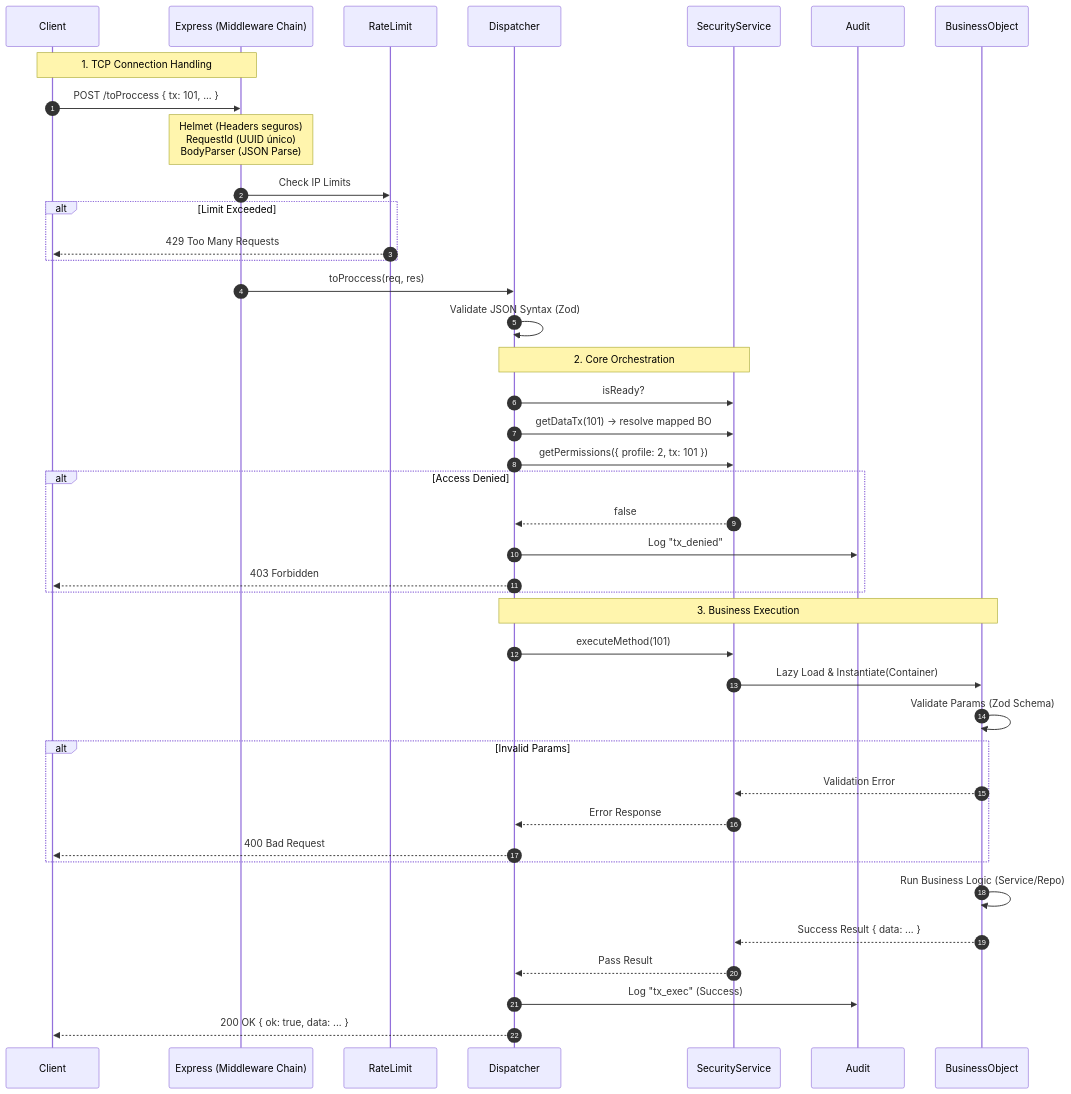
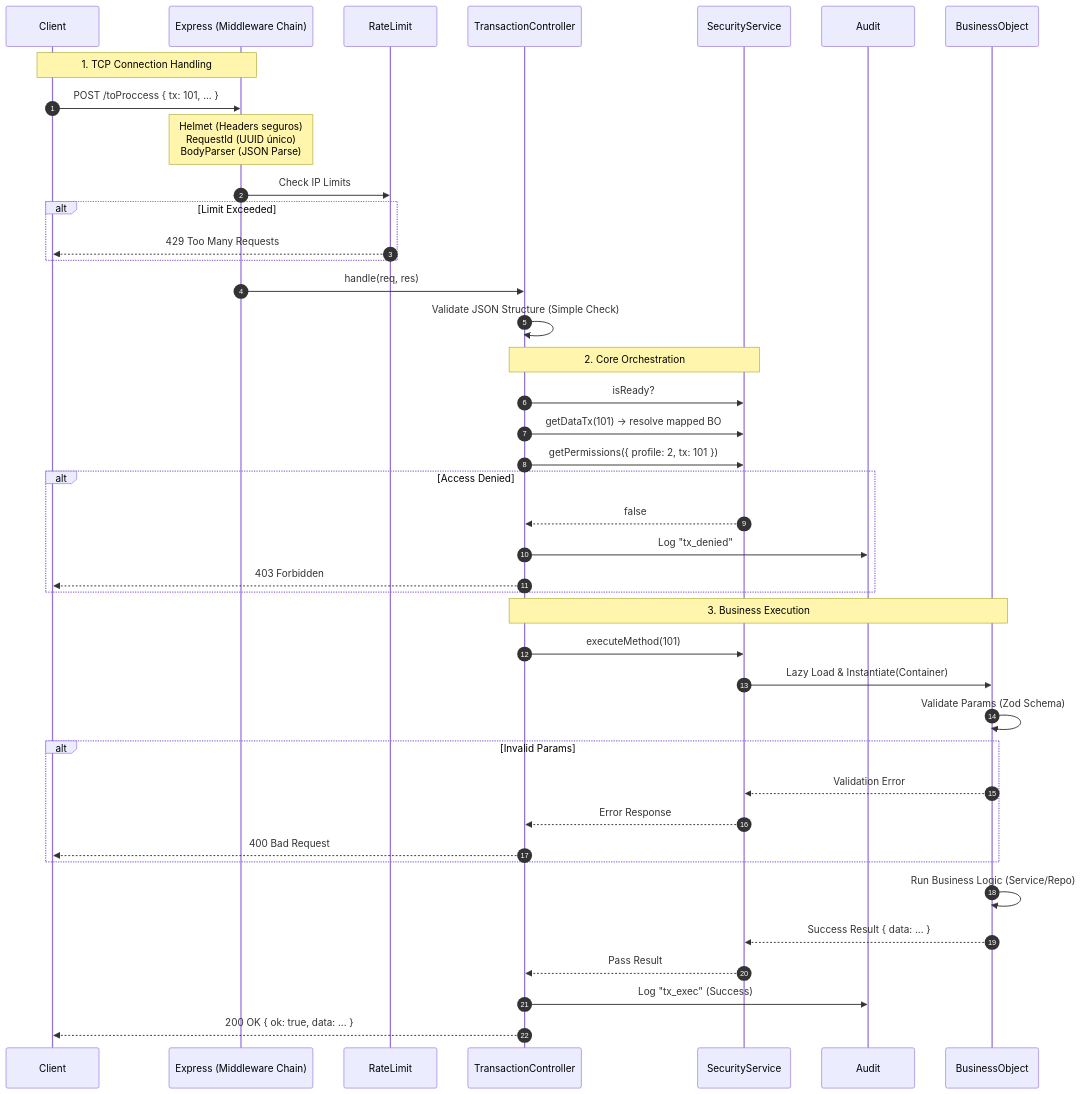
The diagram in docs/02-Architecture/TRANSACTION_FLOW.es.md (EliabParra/toproc), drawn with Mermaid before and after one commit. The commit also changed other lines of this file and 22 other files, not shown here.

First line of the commit message:
refactor(api): architecture overhaul to SRP & double-layer docs

````diff
--- a/docs/02-Architecture/TRANSACTION_FLOW.es.md
+++ b/docs/02-Architecture/TRANSACTION_FLOW.es.md
@@ -7,55 +7,55 @@
 ```mermaid
 sequenceDiagram
     autonumber
     participant Client
     participant Express as Express (Middleware Chain)
     participant RateLimit
-    participant Dispatcher
+    participant TxCtrl as TransactionController
     participant Security as SecurityService
     participant Audit
     participant BO as BusinessObject
 
     Note over Client,Express: 1. TCP Connection Handling
     Client->>Express: POST /toProccess { tx: 101, ... }
 
     Note over Express: Helmet (Headers seguros)<br>RequestId (UUID único)<br>BodyParser (JSON Parse)
 
     Express->>RateLimit: Check IP Limits
     alt Limit Exceeded
         RateLimit-->>Client: 429 Too Many Requests
     end
 
-    Express->>Dispatcher: toProccess(req, res)
+    Express->>TxCtrl: handle(req, res)
 
-    Dispatcher->>Dispatcher: Validate JSON Syntax (Zod)
+    TxCtrl->>TxCtrl: Validate JSON Structure (Simple Check)
 
-    Note over Dispatcher,Security: 2. Core Orchestration
-    Dispatcher->>Security: isReady?
-    Dispatcher->>Security: getDataTx(101) -> resolve mapped BO
+    Note over TxCtrl,Security: 2. Core Orchestration
+    TxCtrl->>Security: isReady?
+    TxCtrl->>Security: getDataTx(101) -> resolve mapped BO
 
-    Dispatcher->>Security: getPermissions({ profile: 2, tx: 101 })
+    TxCtrl->>Security: getPermissions({ profile: 2, tx: 101 })
     alt Access Denied
-        Security-->>Dispatcher: false
-        Dispatcher->>Audit: Log "tx_denied"
-        Dispatcher-->>Client: 403 Forbidden
+        Security-->>TxCtrl: false
+        TxCtrl->>Audit: Log "tx_denied"
+        TxCtrl-->>Client: 403 Forbidden
     end
 
-    Note over Dispatcher,BO: 3. Business Execution
-    Dispatcher->>Security: executeMethod(101)
+    Note over TxCtrl,BO: 3. Business Execution
+    TxCtrl->>Security: executeMethod(101)
     Security->>BO: Lazy Load & Instantiate(Container)
 
     BO->>BO: Validate Params (Zod Schema)
     alt Invalid Params
         BO-->>Security: Validation Error
-        Security-->>Dispatcher: Error Response
-        Dispatcher-->>Client: 400 Bad Request
+        Security-->>TxCtrl: Error Response
+        TxCtrl-->>Client: 400 Bad Request
     end
 
     BO->>BO: Run Business Logic (Service/Repo)
 
     BO-->>Security: Success Result { data: ... }
-    Security-->>Dispatcher: Pass Result
+    Security-->>TxCtrl: Pass Result
 
-    Dispatcher->>Audit: Log "tx_exec" (Success)
-    Dispatcher-->>Client: 200 OK { ok: true, data: ... }
+    TxCtrl->>Audit: Log "tx_exec" (Success)
+    TxCtrl-->>Client: 200 OK { ok: true, data: ... }
 ```
````
